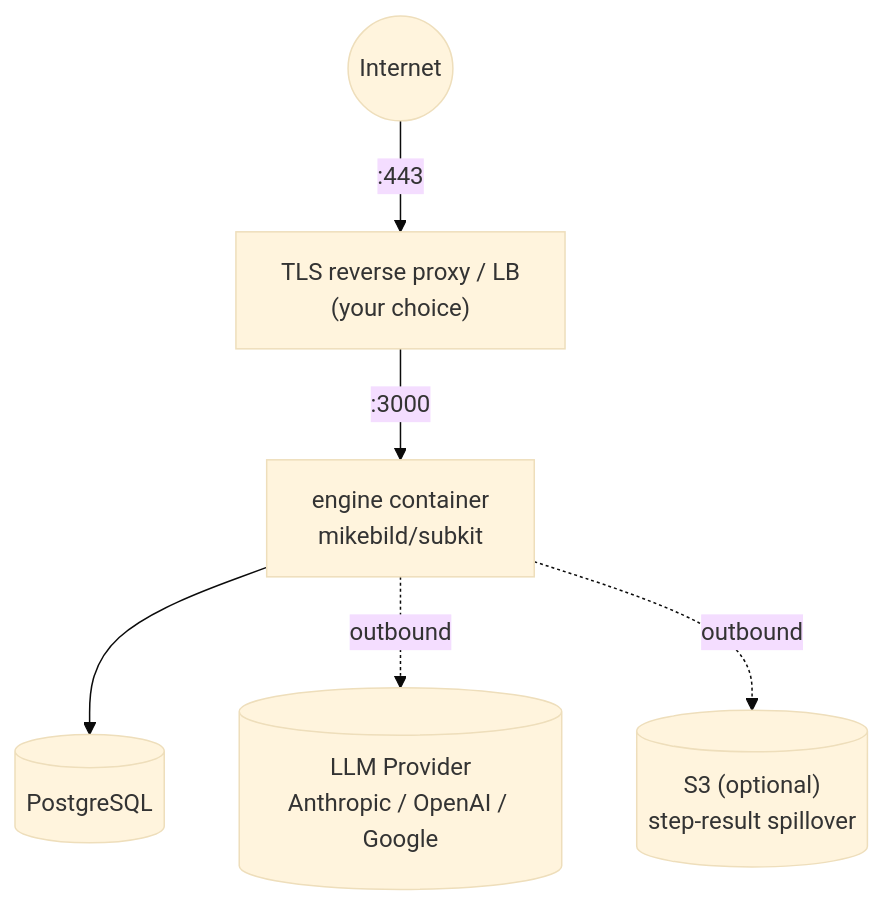
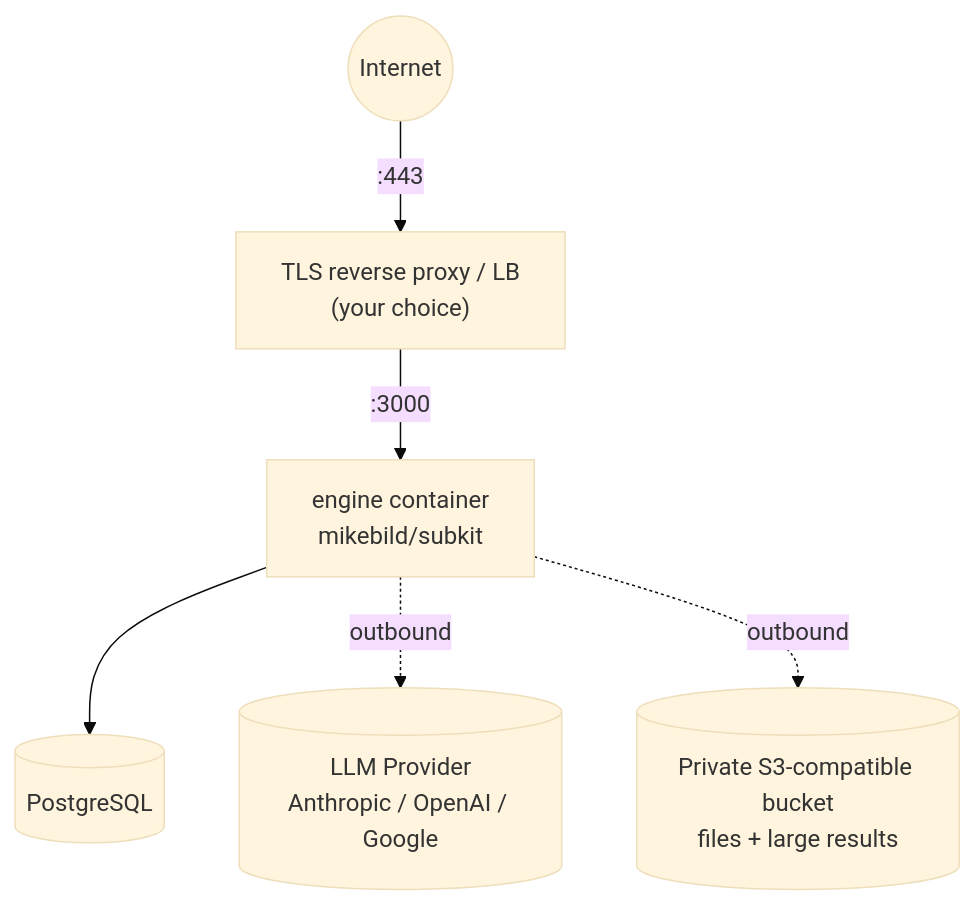
One commit to MikeBild/subkit changed the second of 2 diagrams in docs/developers/self-host.md. Above: the diagram before and after it, drawn with Mermaid (base theme). The commit also changed other lines of this file and 135 other files, not shown here.

````diff
--- a/docs/developers/self-host.md
+++ b/docs/developers/self-host.md
@@ -476,15 +500,15 @@
 ```mermaid
 flowchart TB
     Internet(("Internet"))
     Proxy["TLS reverse proxy / LB<br/>(your choice)"]
     Engine["engine container<br/>mikebild/subkit"]
     PG[("PostgreSQL")]
     LLM[("LLM Provider<br/>Anthropic / OpenAI / Google")]
-    S3[("S3 (optional)<br/>step-result spillover")]
+    S3[("Private S3-compatible bucket<br/>files + large results")]
 
     Internet -- :443 --> Proxy
     Proxy -- :3000 --> Engine
     Engine --> PG
     Engine -. outbound .-> LLM
     Engine -. outbound .-> S3
 ```
````
